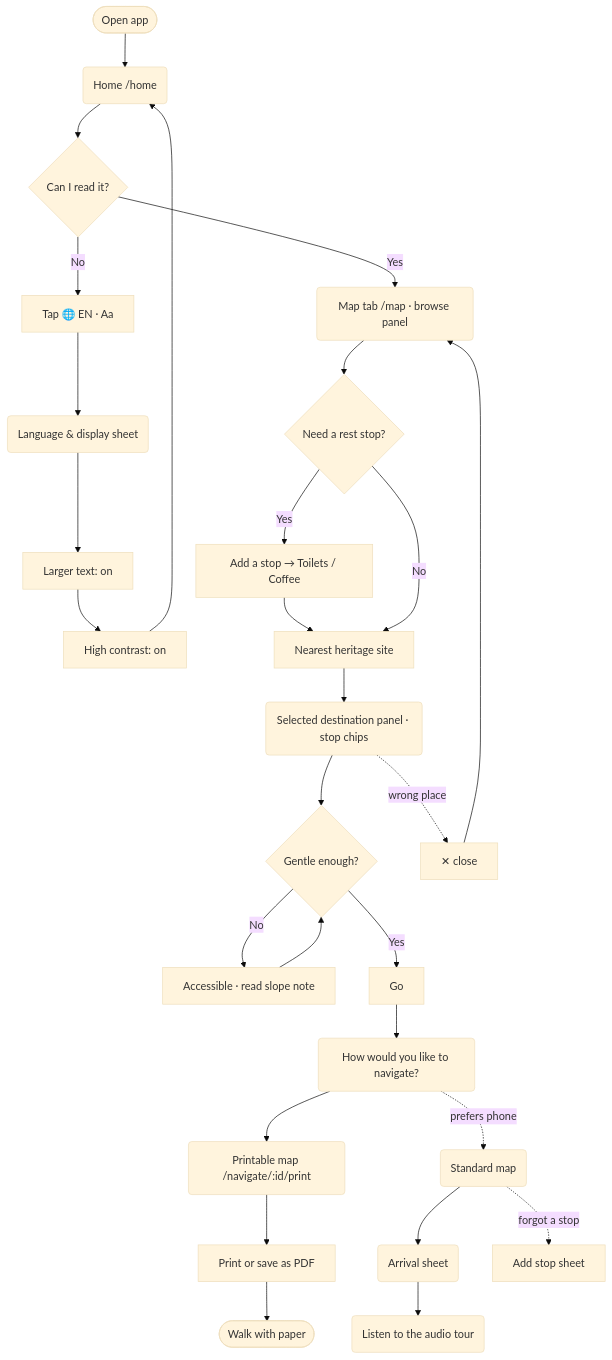
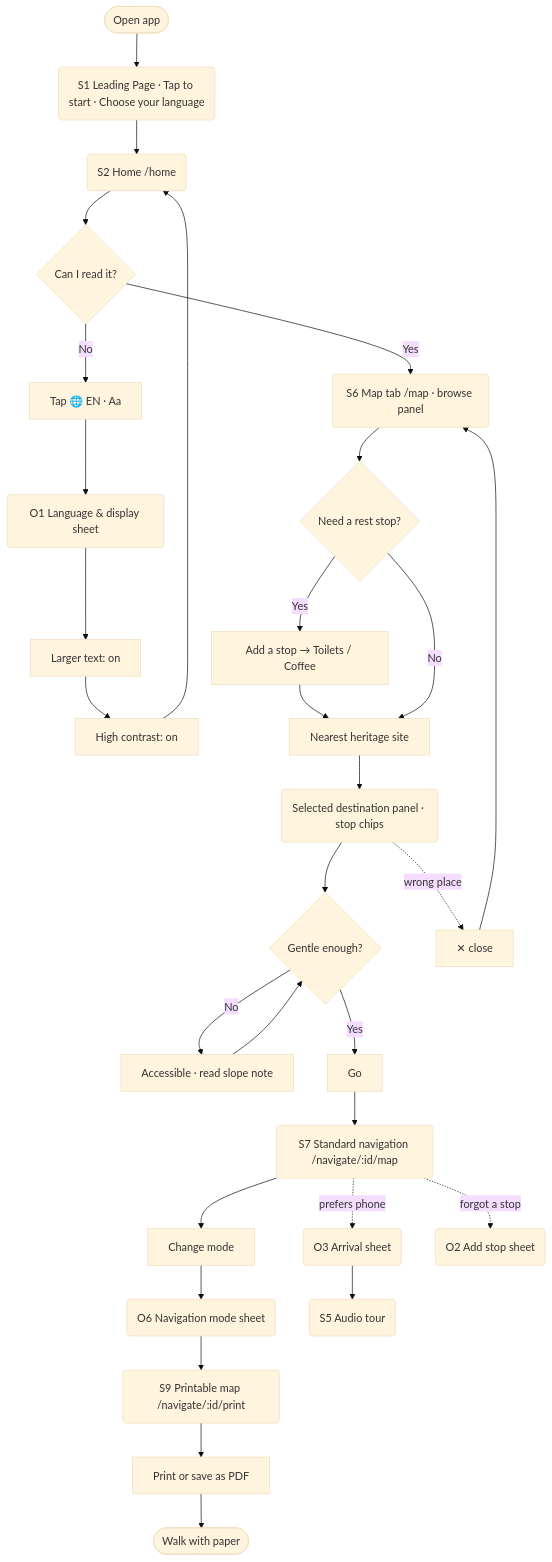
Before and after one commit to Podi-Skying/KIT519-Hobart-Historic: the second of 3 diagrams in docs/a3/task-flows.md, drawn with Mermaid (base theme). The commit also changed other lines of this file and 9 other files, not shown here.

````diff
--- a/docs/a3/task-flows.md
+++ b/docs/a3/task-flows.md
@@ -61,21 +67,22 @@
 ```mermaid
 flowchart TD
-  S([Open app]) --> H(Home /home)
+  S([Open app]) --> SP(S1 Leading Page · Tap to start · Choose your language) --> H(S2 Home /home)
   H --> R{Can I read it?}
-  R -- No --> AA[Tap 🌐 EN · Aa] --> DS(Language & display sheet)
+  R -- No --> AA[Tap 🌐 EN · Aa] --> DS(O1 Language & display sheet)
   DS --> LT[Larger text: on] --> HC[High contrast: on] --> H
-  R -- Yes --> M(Map tab /map · browse panel)
+  R -- Yes --> M(S6 Map tab /map · browse panel)
   M --> ST{Need a rest stop?}
   ST -- Yes --> ADD[Add a stop → Toilets / Coffee] --> N
   ST -- No --> N[Nearest heritage site]
   N --> SEL(Selected destination panel · stop chips)
   SEL --> RT{Gentle enough?}
   RT -- No --> ACC[Accessible · read slope note] --> RT
   RT -- Yes --> GO[Go]
-  GO --> NM(How would you like to navigate?)
-  NM --> PR(Printable map /navigate/:id/print)
+  GO --> MAP(S7 Standard navigation /navigate/:id/map)
+  MAP --> CM[Change mode] --> NM(O6 Navigation mode sheet)
+  NM --> PR(S9 Printable map /navigate/:id/print)
   PR --> P[Print or save as PDF] --> WALK([Walk with paper])
-  NM -. prefers phone .-> MAP(Standard map) --> AS(Arrival sheet) --> AU(Listen to the audio tour)
-  MAP -. forgot a stop .-> WS[Add stop sheet]
+  MAP -. prefers phone .-> AS(O3 Arrival sheet) --> AU(S5 Audio tour)
+  MAP -. forgot a stop .-> WS(O2 Add stop sheet)
   SEL -. wrong place .-> X[✕ close] --> M
 ```
````
